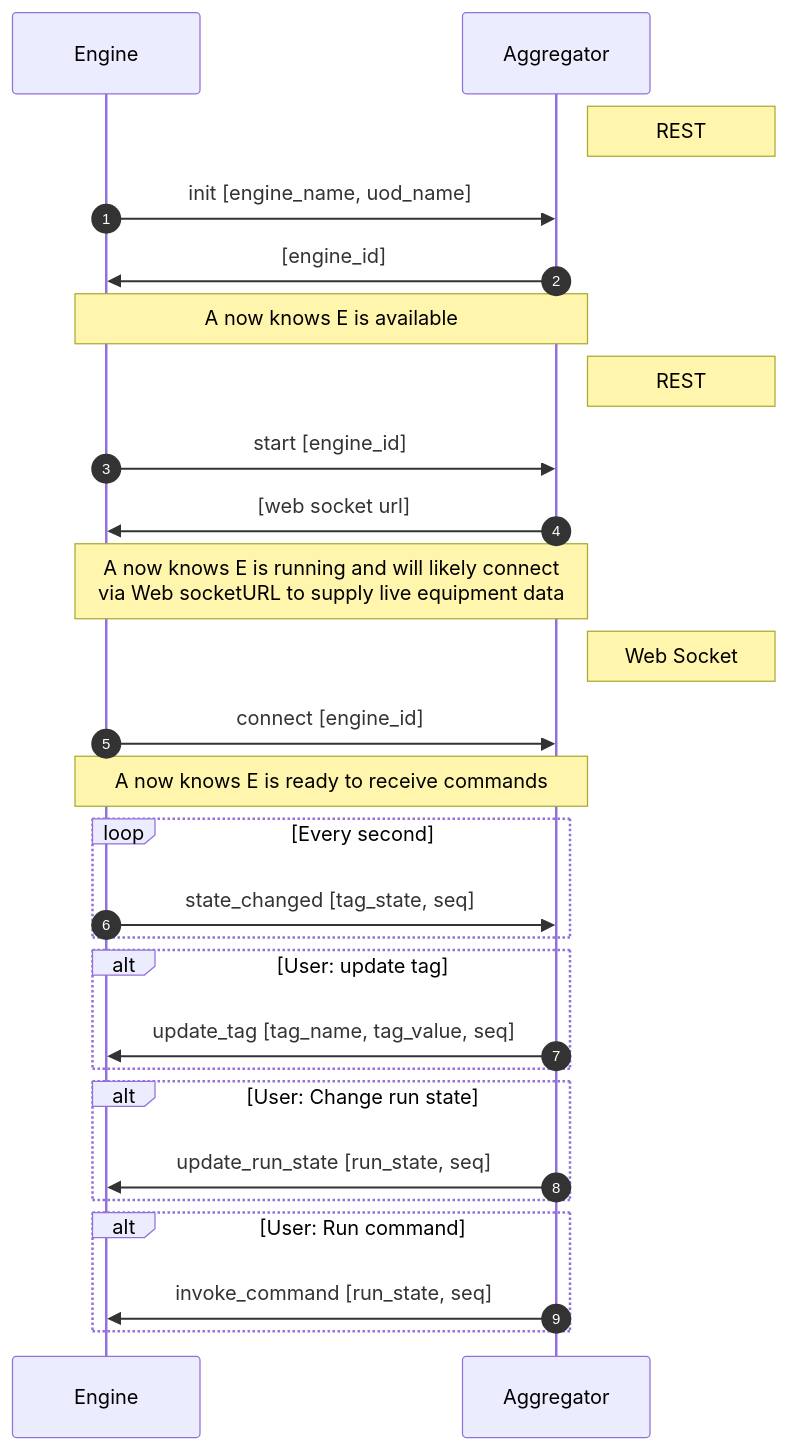
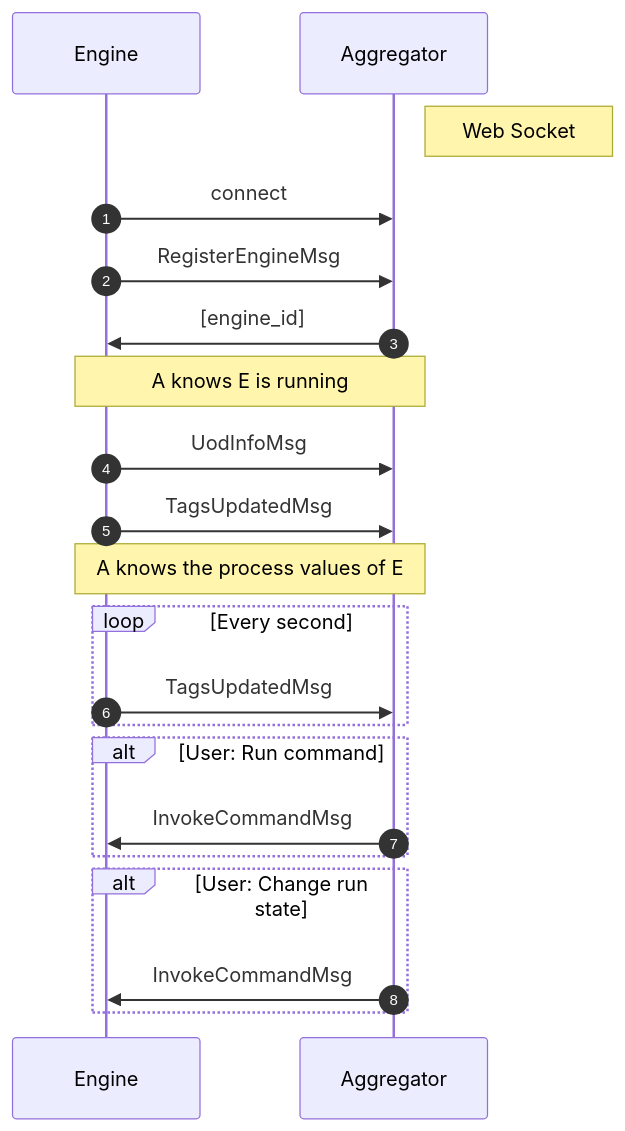
Before and after one commit to Open-Pectus/Open-Pectus: the diagram in DEVELOPMENT.md, drawn with Mermaid. The commit also changed other lines of this file and 3 other files, not shown here.

````diff
--- a/DEVELOPMENT.md
+++ b/DEVELOPMENT.md
@@ -124,39 +225,31 @@
 ```mermaid
 sequenceDiagram
 autonumber
     participant E as Engine
     participant A as Aggregator
-%%note left of E: Check-in
-    Note right of A: REST
-    E ->> A: init [engine_name, uod_name]
+%%note left of E: Registration
+    Note right of A: Web Socket
+    E ->> A: connect    
+    E ->> A: RegisterEngineMsg
     A ->> E: [engine_id]
-    Note over E,A: A now knows E is available
+    Note over A,E: A knows E is running
+    E ->> A: UodInfoMsg
+    E ->> A: TagsUpdatedMsg
+    Note over A,E: A knows the process values of E
 
-%%note left of E: Engine start
-    Note right of A: REST
-    E ->> A: start [engine_id]
-    A ->> E: [web socket url]
-    Note over E,A: A now knows E is running and will likely connect<br>    via Web socketURL to supply live equipment data
 
 %%note left of E: Engine running
-    Note right of A: Web Socket
-    E ->> A: connect [engine_id]
-    Note over E,A: A now knows E is ready to receive commands
-
+    
     loop Every second
-    E ->> A: state_changed [tag_state, seq]
+    E ->> A: TagsUpdatedMsg
     end
 
-    alt User: update tag
-    A ->> E: update_tag [tag_name, tag_value, seq]
+    alt User: Run command
+    A ->> E: InvokeCommandMsg
     end
 
     alt User: Change run state
-    A ->> E: update_run_state [run_state, seq]
-    end
-
-    alt User: Run command
-    A ->> E: invoke_command [run_state, seq]
+    A ->> E: InvokeCommandMsg
     end
 
 ```
````
